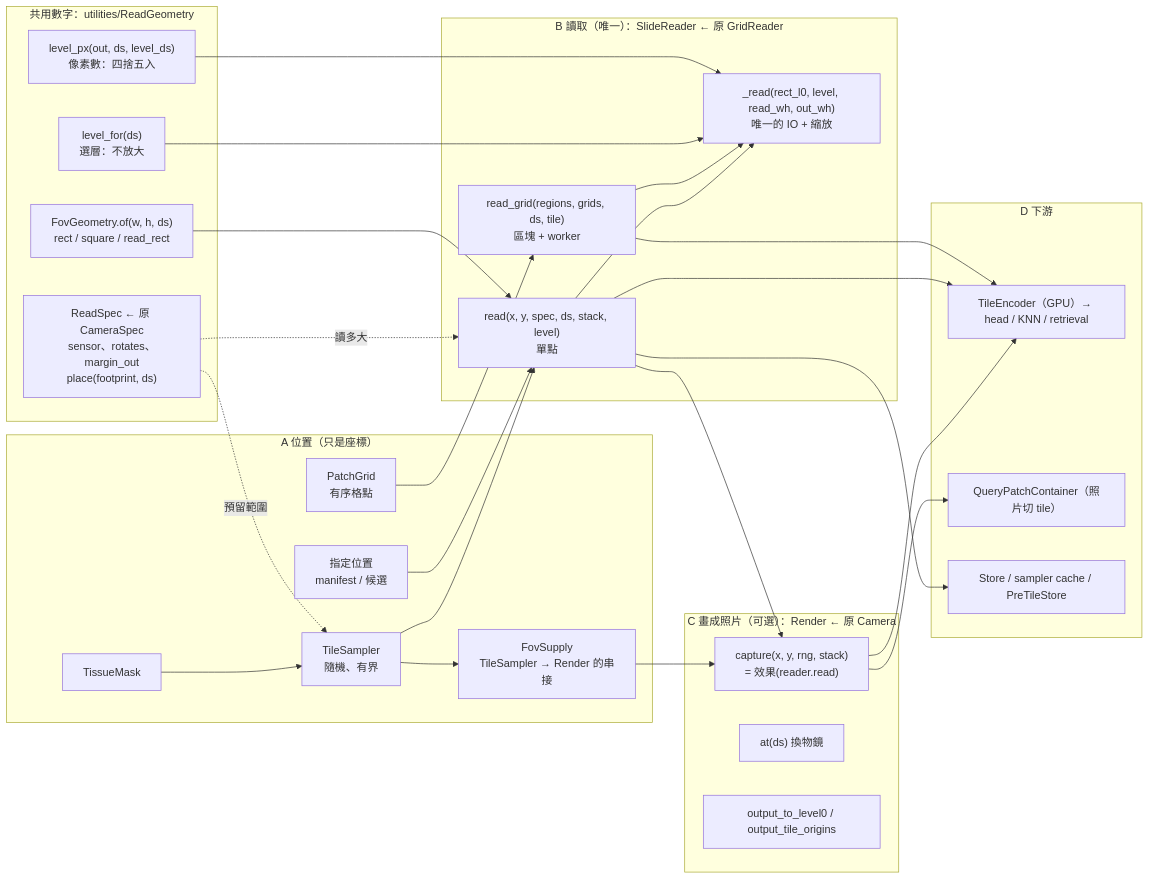
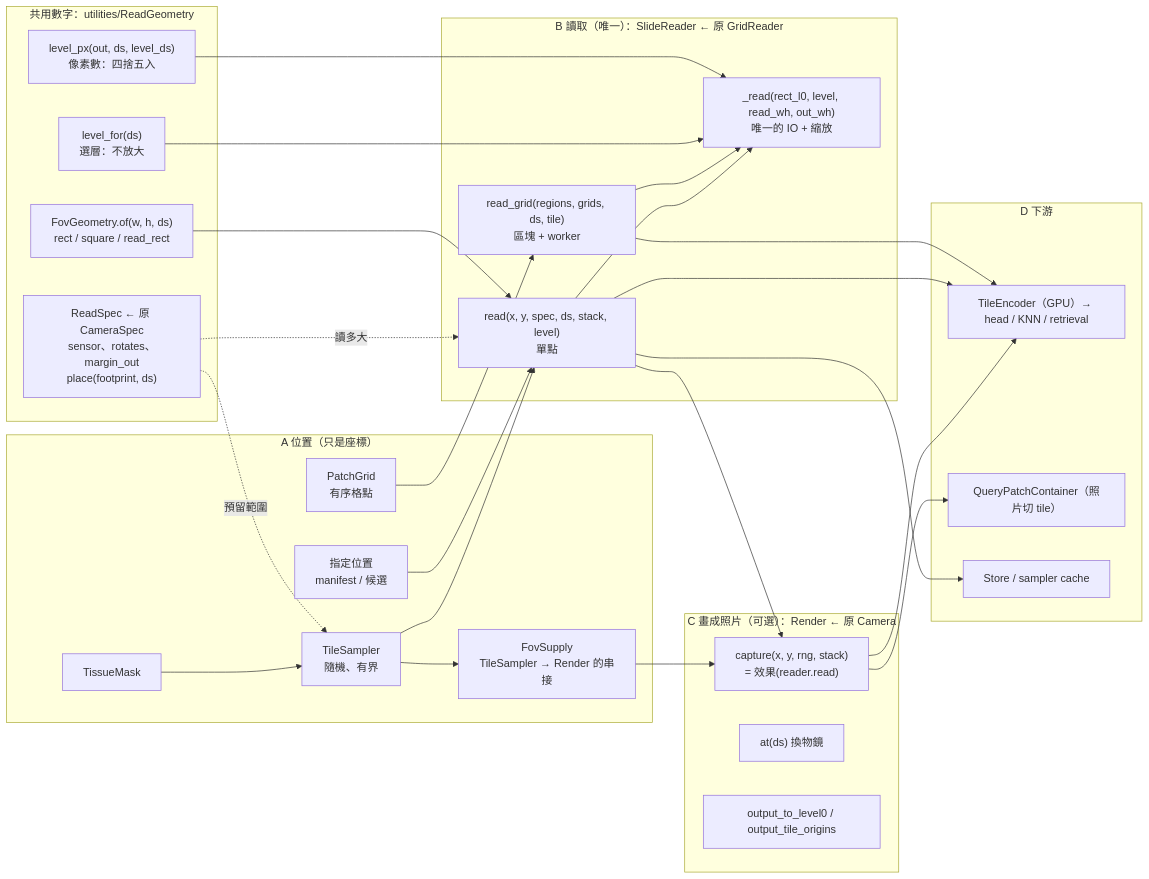
The diagram in ARCHITECTURE.md (Avanti-MH/LocaScope), drawn with Mermaid before and after one commit. The commit also changed other lines of this file and 38 other files, not shown here.

````diff
--- a/ARCHITECTURE.md
+++ b/ARCHITECTURE.md
@@ -44,53 +44,53 @@
 ```mermaid
 flowchart LR
   subgraph G["共用數字：utilities/ReadGeometry"]
     LF["level_for(ds)<br/>選層：不放大"]
     LP["level_px(out, ds, level_ds)<br/>像素數：四捨五入"]
     FG["FovGeometry.of(w, h, ds)<br/>rect / square / read_rect"]
     RS["ReadSpec ← 原 CameraSpec<br/>sensor、rotates、margin_out<br/>place(footprint, ds)"]
   end
 
   subgraph A["A 位置（只是座標）"]
     TM["TissueMask"] --> TS["TileSampler<br/>隨機、有界"]
     FS["FovSupply<br/>TileSampler → Render 的串接"]
     PG["PatchGrid<br/>有序格點"]
     GV["指定位置<br/>manifest / 候選"]
   end
 
   subgraph B["B 讀取（唯一）：SlideReader ← 原 GridReader"]
     RD["read(x, y, spec, ds, stack, level)<br/>單點"]
     RG["read_grid(regions, grids, ds, tile)<br/>區塊 + worker"]
     PR["_read(rect_l0, level, read_wh, out_wh)<br/>唯一的 IO + 縮放"]
     RD --> PR
     RG --> PR
   end
 
   subgraph C["C 畫成照片（可選）：Render ← 原 Camera"]
     CP["capture(x, y, rng, stack)<br/>= 效果(reader.read)"]
     AT["at(ds) 換物鏡"]
     GT["output_to_level0 / output_tile_origins"]
   end
 
   subgraph D["D 下游"]
     EN["TileEncoder（GPU）→ head / KNN / retrieval"]
     QP["QueryPatchContainer（照片切 tile）"]
-    ST["Store / sampler cache / PreTileStore"]
+    ST["Store / sampler cache"]
   end
 
   RS -. 預留範圍 .-> TS
   RS -. 讀多大 .-> RD
   LF --> PR
   LP --> PR
   FG --> RD
   TS --> RD
   TS --> FS
   FS --> CP
   GV --> RD
   PG --> RG
   RD --> CP
   CP --> EN
   CP --> QP
   RD --> EN
   RD --> ST
   RG --> EN
 ```
````
